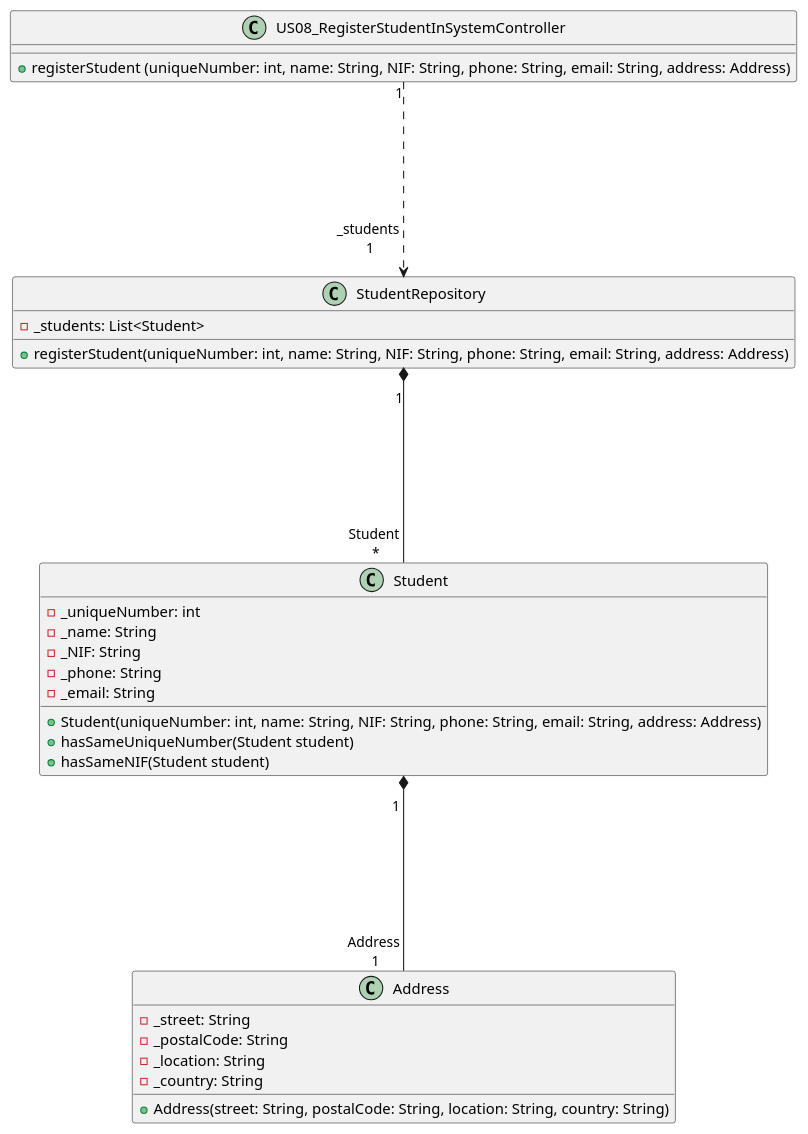
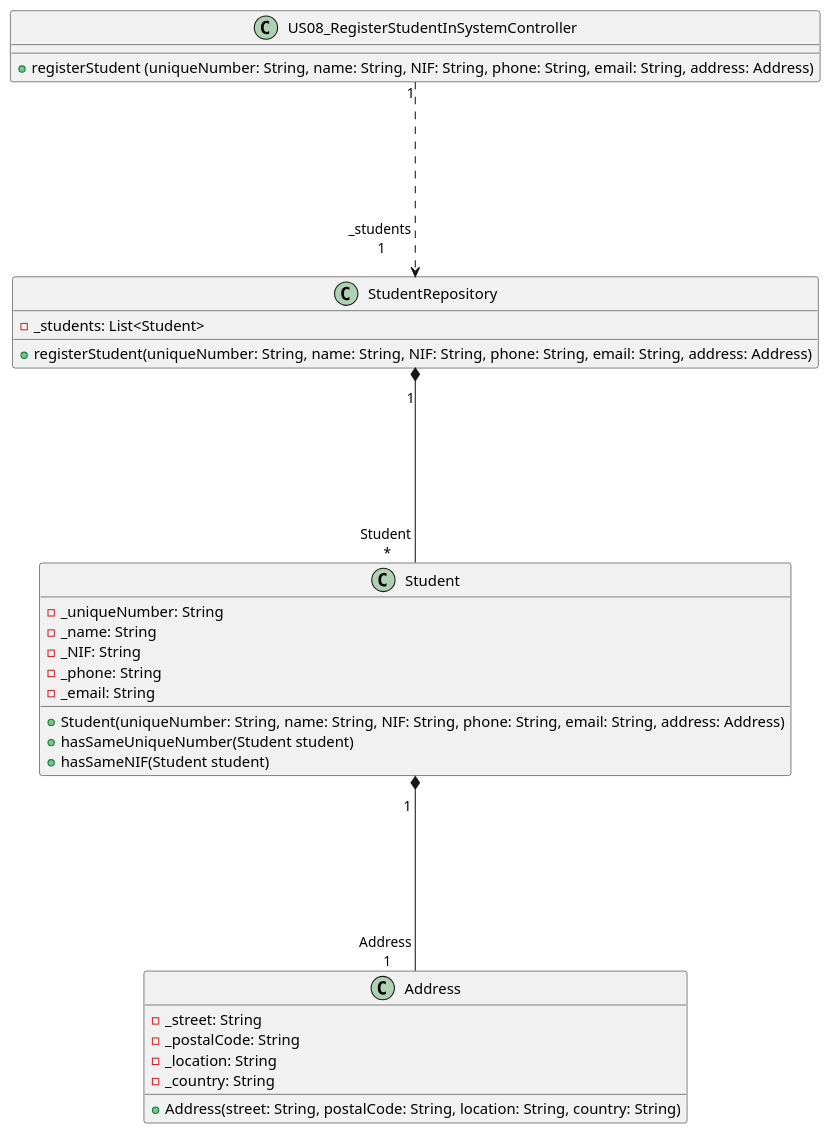
Before and after one commit to GasparISEP/DevOps-PAI: the diagram in docs/US08/US08_RegisterStudentInSystem_ClassDiagram.puml, drawn with PlantUML. The commit also changed 24 other files, not shown here.

Commit message:
Updated uniqueNumber validation to start with 1 and have 7 digits, #35

```diff
--- a/docs/US08/US08_RegisterStudentInSystem_ClassDiagram.puml
+++ b/docs/US08/US08_RegisterStudentInSystem_ClassDiagram.puml
@@ -1,37 +1,37 @@
 @startuml
 !pragma layout smetana
 'left to right direction
 
 class Student {
-    -_uniqueNumber: int
+    -_uniqueNumber: String
     -_name: String
     -_NIF: String
     -_phone: String
     -_email: String
-    +Student(uniqueNumber: int, name: String, NIF: String, phone: String, email: String, address: Address)
+    +Student(uniqueNumber: String, name: String, NIF: String, phone: String, email: String, address: Address)
     +hasSameUniqueNumber(Student student)
     +hasSameNIF(Student student)
 }
 
 class StudentRepository {
     -_students: List<Student>
-    +registerStudent(uniqueNumber: int, name: String, NIF: String, phone: String, email: String, address: Address)
+    +registerStudent(uniqueNumber: String, name: String, NIF: String, phone: String, email: String, address: Address)
 }
 
 class Address {
      -_street: String
      -_postalCode: String
      -_location: String
      -_country: String
      +Address(street: String, postalCode: String, location: String, country: String)
 }
 
 class US08_RegisterStudentInSystemController{
-    +registerStudent (uniqueNumber: int, name: String, NIF: String, phone: String, email: String, address: Address)
+    +registerStudent (uniqueNumber: String, name: String, NIF: String, phone: String, email: String, address: Address)
 }
 
 Student "\n1 " *------ "Address \n1" Address
 StudentRepository "\n1" *------ "Student \n*" Student
 US08_RegisterStudentInSystemController "1" ......> "_students \n1\n" StudentRepository
 
 @enduml
```
